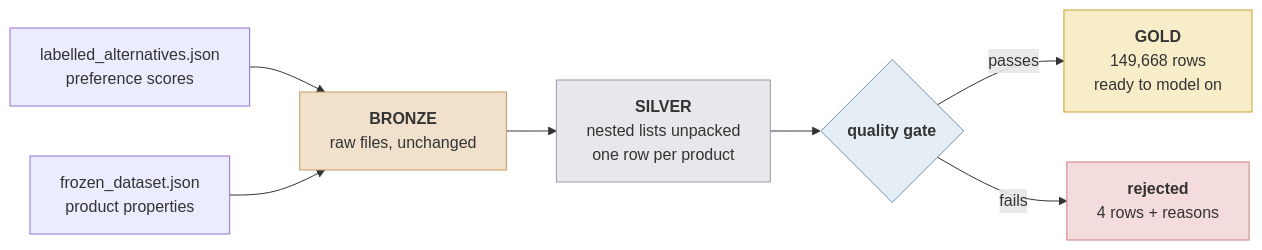
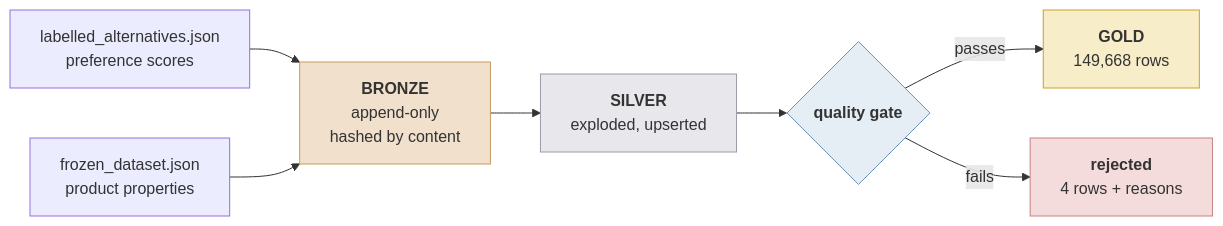
Before and after one commit to eirasroger/concrete-lakehouse-pipeline: the diagram in README.md, drawn with Mermaid. The commit also changed other lines of this file, not shown here.

````diff
--- a/README.md
+++ b/README.md
@@ -15,15 +11,15 @@
 ```mermaid
 flowchart LR
     R1["labelled_alternatives.json<br/>preference scores"] --> B
     R2["frozen_dataset.json<br/>product properties"] --> B
-    B["<b>BRONZE</b><br/>raw files, unchanged"] --> S
-    S["<b>SILVER</b><br/>nested lists unpacked<br/>one row per product"] --> Q
-    Q{"<b>quality gate</b>"} -->|passes| G["<b>GOLD</b><br/>149,668 rows<br/>ready to model on"]
+    B["<b>BRONZE</b><br/>append-only<br/>hashed by content"] --> S
+    S["<b>SILVER</b><br/>exploded, upserted"] --> Q
+    Q{"<b>quality gate</b>"} -->|passes| G["<b>GOLD</b><br/>149,668 rows"]
     Q -->|fails| X["<b>rejected</b><br/>4 rows + reasons"]
 
     style B fill:#f0e0cc,stroke:#c99b5e
     style S fill:#e8e8ec,stroke:#9a9aa8
     style G fill:#f7edc8,stroke:#c9a227
     style X fill:#f5dcdc,stroke:#c98080
     style Q fill:#e6eef5,stroke:#6b93b8
 ```
````
